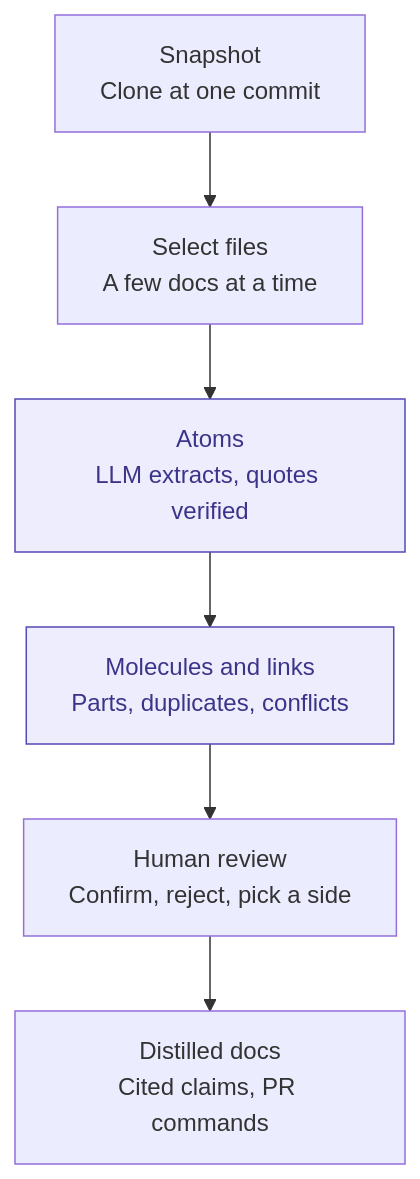
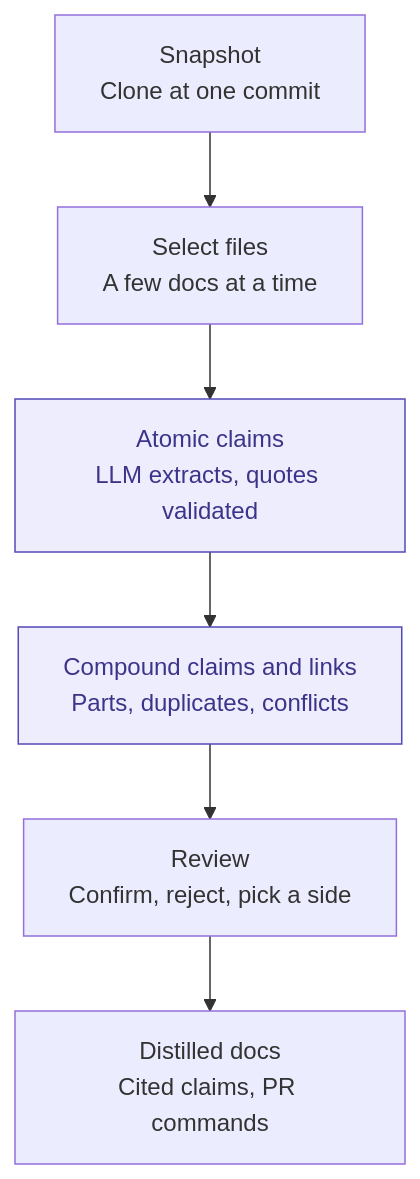
The first of 2 diagrams in docs/mvp-plan.md (itsrachelfish/distillery), drawn with Mermaid before and after one commit. The commit also changed other lines of this file and 3 other files, not shown here.

Commit message:
docs: settle MVP architecture and add session 4 transcript

````diff
--- a/docs/mvp-plan.md
+++ b/docs/mvp-plan.md
@@ -17,16 +40,16 @@
 ```mermaid
 flowchart TD
     snap["Snapshot<br/>Clone at one commit"]
     pick["Select files<br/>A few docs at a time"]
-    atoms["Atoms<br/>LLM extracts, quotes verified"]
-    mol["Molecules and links<br/>Parts, duplicates, conflicts"]
-    rev["Human review<br/>Confirm, reject, pick a side"]
+    atoms["Atomic claims<br/>LLM extracts, quotes validated"]
+    compound["Compound claims and links<br/>Parts, duplicates, conflicts"]
+    rev["Review<br/>Confirm, reject, pick a side"]
     out["Distilled docs<br/>Cited claims, PR commands"]
     snap --> pick
     pick --> atoms
-    atoms --> mol
-    mol --> rev
+    atoms --> compound
+    compound --> rev
     rev --> out
     classDef llm fill:#EEEDFE,stroke:#534AB7,color:#3C3489
-    class atoms,mol llm
+    class atoms,compound llm
 ```
````
